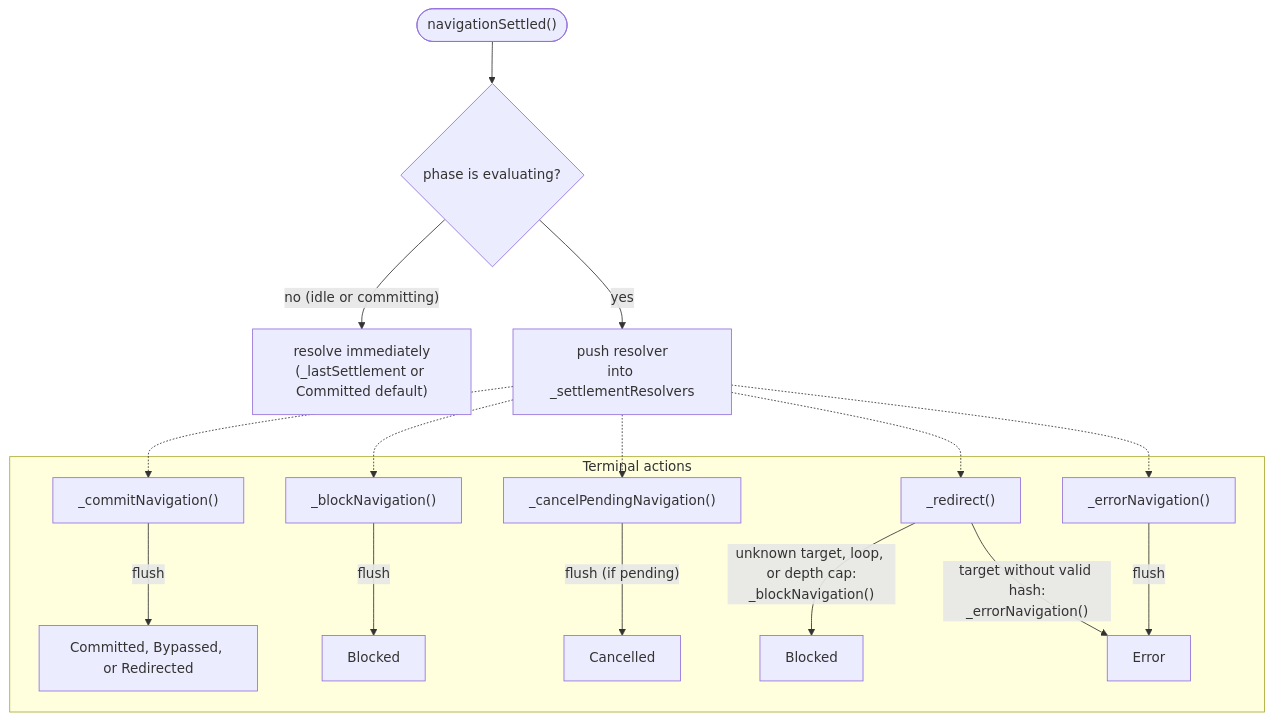
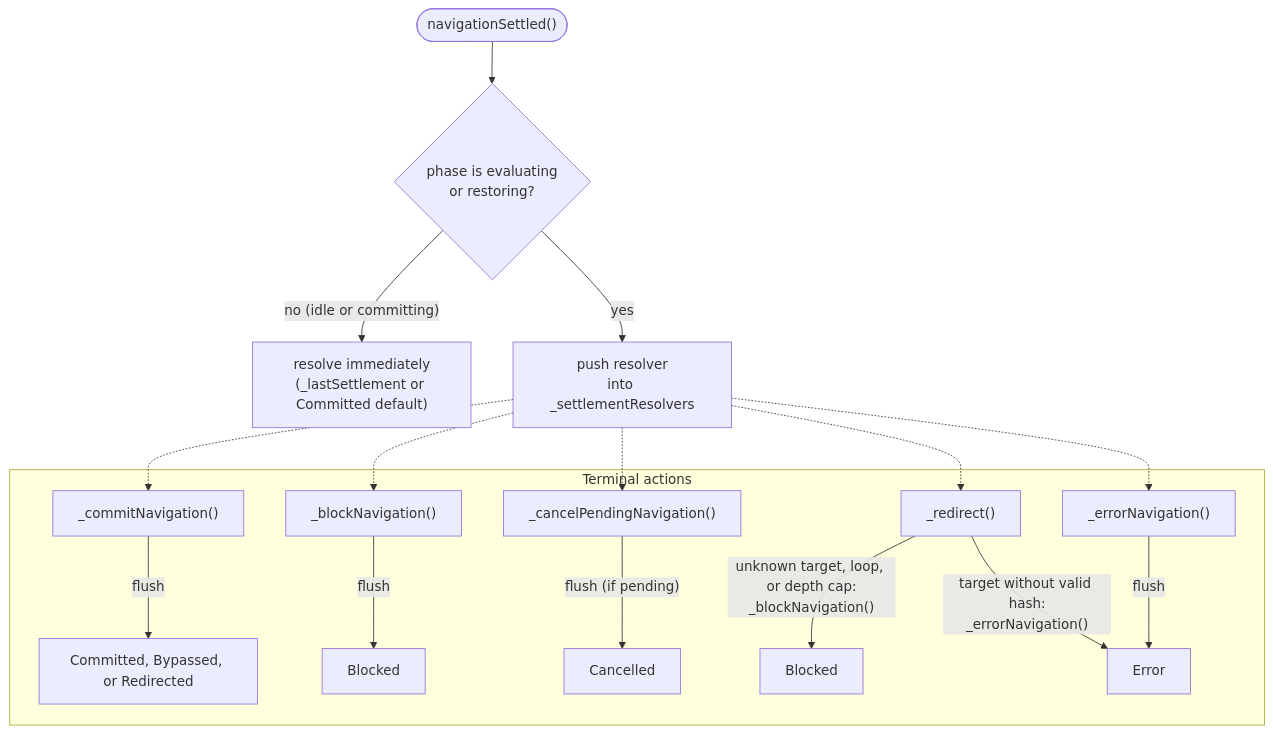
The fourth of 4 diagrams in docs/reference/architecture.md (wridgeu/ui5-lib-guard-router), drawn with Mermaid before and after one commit. The commit also changed other lines of this file and 11 other files, not shown here.

````diff
--- a/docs/reference/architecture.md
+++ b/docs/reference/architecture.md
@@ -568,21 +644,21 @@
 ```mermaid
 flowchart TD
-    call(["navigationSettled()"]) --> pending{phase is evaluating?}
+    call(["navigationSettled()"]) --> pending{phase is evaluating<br/>or restoring?}
     pending -- "no (idle or committing)" --> immediate["resolve immediately<br/>(_lastSettlement or Committed default)"]
     pending -- "yes" --> push["push resolver<br/>into _settlementResolvers"]
 
     subgraph "Terminal actions"
         commit["_commitNavigation()"] -- "flush" --> fcommit["Committed, Bypassed, or Redirected"]
         block["_blockNavigation()"] -- "flush" --> fblock["Blocked"]
         cancel["_cancelPendingNavigation()"] -- "flush (if pending)" --> fcancel["Cancelled"]
         redirect["_redirect()"] -- "unknown target, loop, or depth cap:<br/>_blockNavigation()" --> fredirect["Blocked"]
         errornav["_errorNavigation()"] -- "flush" --> ferror["Error"]
         redirect -- "target without valid hash:<br/>_errorNavigation()" --> ferror
     end
 
     push -.-> commit
     push -.-> block
     push -.-> cancel
     push -.-> redirect
     push -.-> errornav
 ```
````
